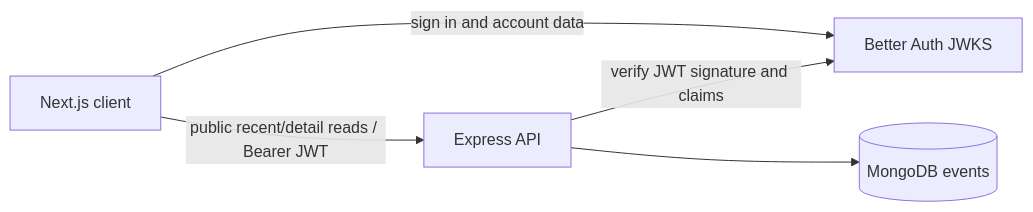
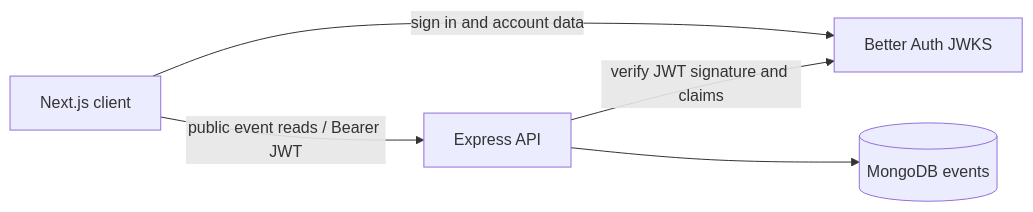
The diagram in README.md (nnasif78/togetherly-server), drawn with Mermaid before and after one commit. The commit also changed other lines of this file and 1 other file, not shown here.

Commit message:
update README and API to clarify event access; change /events route to public

````diff
--- a/README.md
+++ b/README.md
@@ -53,7 +53,7 @@
 ```mermaid
 flowchart LR
-    Browser[Next.js client] -->|public recent/detail reads / Bearer JWT| API[Express API]
+    Browser[Next.js client] -->|public event reads / Bearer JWT| API[Express API]
     API -->|verify JWT signature and claims| Auth[Better Auth JWKS]
     API --> DB[(MongoDB events)]
     Browser -->|sign in and account data| Auth
 ```
````
